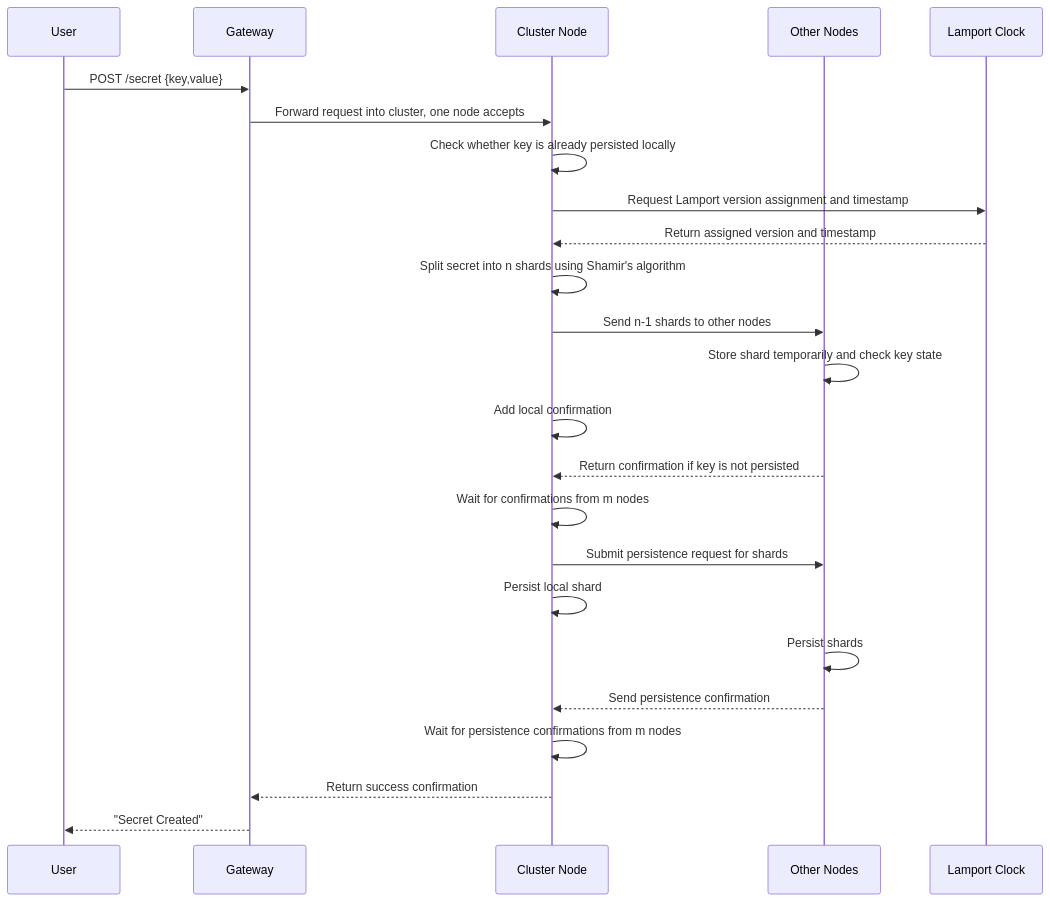
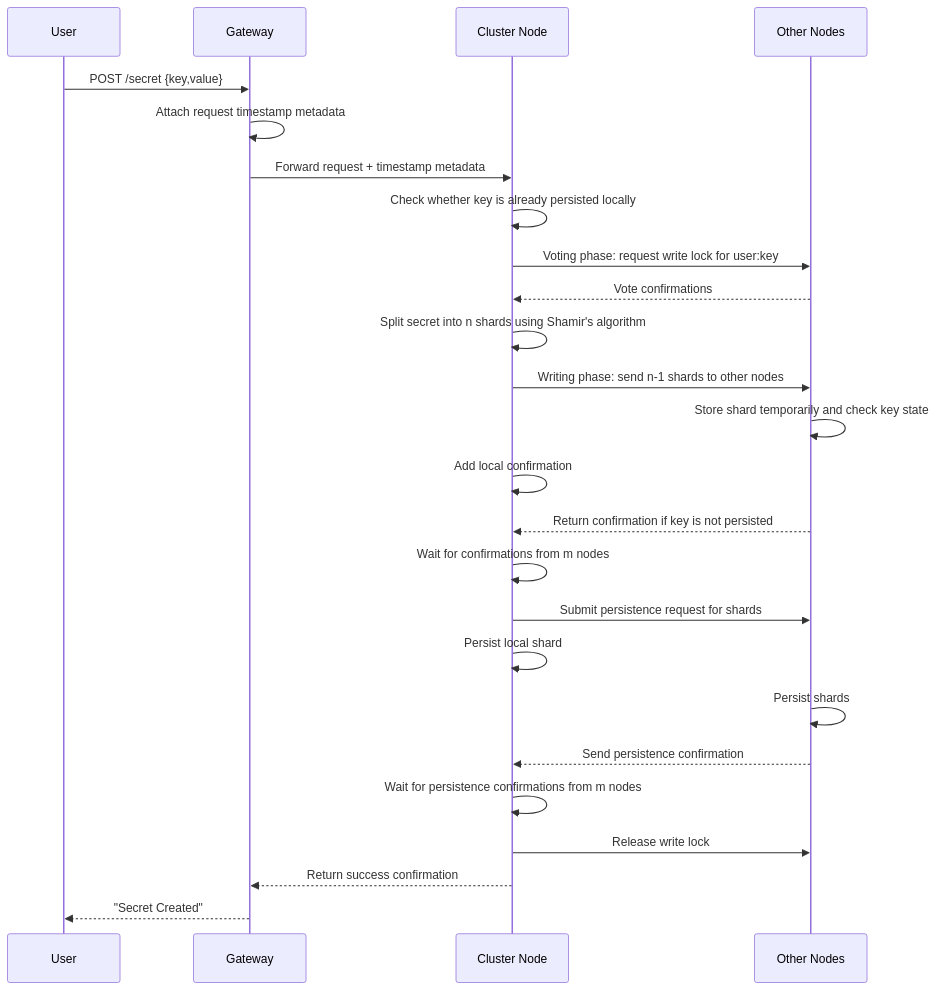
One commit to S26-Distributed-Capstone/DistributedSecretsVault changed the first of 2 diagrams in docs/crud/create.md. Above: the diagram before and after it, drawn with Mermaid. The commit also changed other lines of this file and 6 other files, not shown here.

````diff
--- a/docs/crud/create.md
+++ b/docs/crud/create.md
@@ -35,27 +36,27 @@
 ```mermaid
 sequenceDiagram
     participant User
     participant Gateway
     participant Node as Cluster Node
     participant Peers as Other Nodes
-    participant Clock as Lamport Clock
-
     User->>Gateway: POST /secret {key,value}
-    Gateway->>Node: Forward request into cluster, one node accepts
+    Gateway->>Gateway: Attach request timestamp metadata
+    Gateway->>Node: Forward request + timestamp metadata
     Node->>Node: Check whether key is already persisted locally
-    Node->>Clock: Request Lamport version assignment and timestamp
-    Clock-->>Node: Return assigned version and timestamp
+    Node->>Peers: Voting phase: request write lock for user:key
+    Peers-->>Node: Vote confirmations
     Node->>Node: Split secret into n shards using Shamir's algorithm
-    Node->>Peers: Send n-1 shards to other nodes
+    Node->>Peers: Writing phase: send n-1 shards to other nodes
     Peers->>Peers: Store shard temporarily and check key state
     Node->>Node: Add local confirmation
     Peers-->>Node: Return confirmation if key is not persisted
     Node->>Node: Wait for confirmations from m nodes
     Node->>Peers: Submit persistence request for shards
     Node->>Node: Persist local shard
     Peers->>Peers: Persist shards
     Peers-->>Node: Send persistence confirmation
     Node->>Node: Wait for persistence confirmations from m nodes
+    Node->>Peers: Release write lock
     Node-->>Gateway: Return success confirmation
     Gateway-->>User: "Secret Created"
 ```
````
